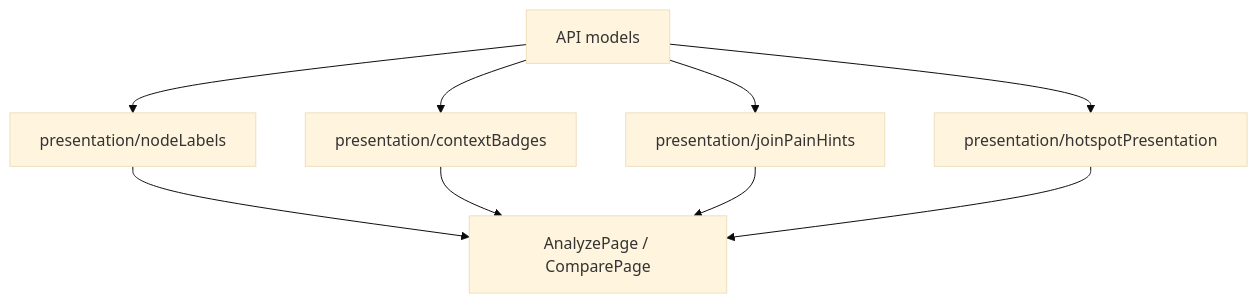
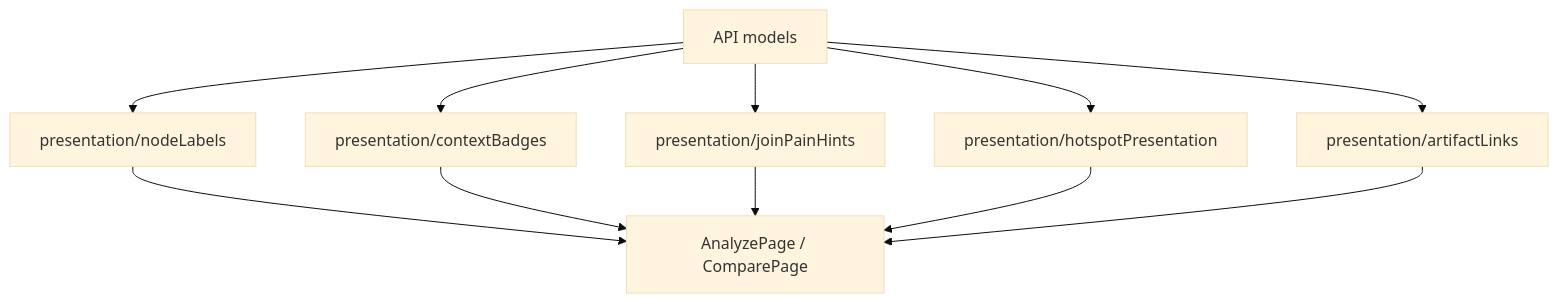
One commit to sempervent/postgres-query-autopsy-tool changed the fourth of 4 diagrams in docs/architecture.md. Above: the diagram before and after it, drawn with Mermaid (base theme). The commit also changed other lines of this file and 43 other files, not shown here.

````diff
--- a/docs/architecture.md
+++ b/docs/architecture.md
@@ -117,11 +130,13 @@
 ```mermaid
 flowchart TD
   A[API models] --> B[presentation/nodeLabels]
   A --> C[presentation/contextBadges]
   A --> D[presentation/joinPainHints]
   A --> E[presentation/hotspotPresentation]
+  A --> F[presentation/artifactLinks]
   B --> P[AnalyzePage / ComparePage]
   C --> P
   D --> P
   E --> P
+  F --> P
 ```
````
